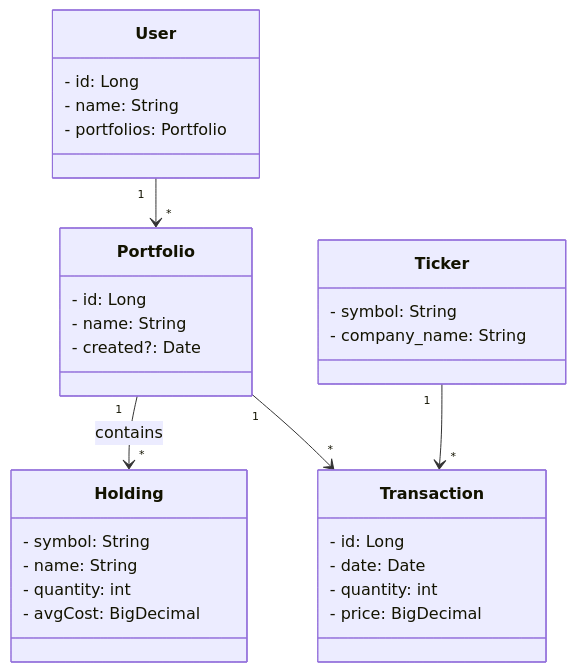
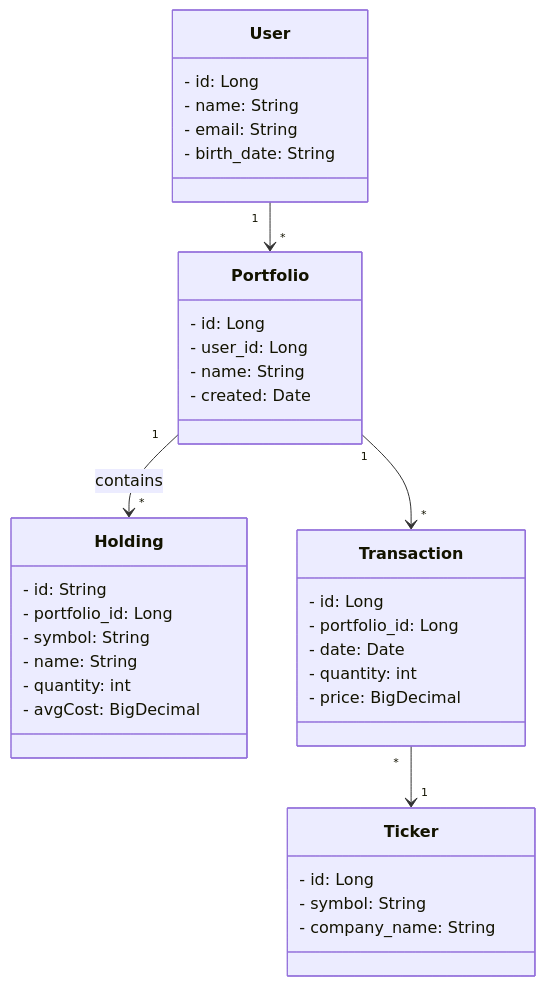
The diagram in README.md (DuarteMCSilva/stock-echoes-server), drawn with Mermaid before and after one commit.

Commit message:
Add 1NF concept (wip)

`````diff
--- a/README.md
+++ b/README.md
@@ -2,40 +2,46 @@
 ````mermaid
 classDiagram
     class User {
         - id: Long
         - name: String
-        - portfolios: Portfolio
+        - email: String
+        - birth_date: String
     }
 
     class Portfolio {
         - id: Long
+        - user_id: Long
         - name: String
-        - created?: Date
+        - created: Date
     }
 
     class Ticker {
+        - id: Long
         - symbol: String
         - company_name: String
     }
 
     class Holding {
+        - id: String
+        - portfolio_id: Long
         - symbol: String
         - name: String
         - quantity: int
         - avgCost: BigDecimal
     }
 
     class Transaction {
         - id: Long
+        - portfolio_id: Long
         - date: Date
         - quantity: int
         - price: BigDecimal
     }
 
     %% Relationships
 
     User "1" --> "*" Portfolio
     Portfolio "1" --> "*" Holding : contains
     Portfolio "1" --> "*" Transaction
-    Ticker "1" --> "*" Transaction
+    Transaction "*" -->"1" Ticker
 ````
`````
